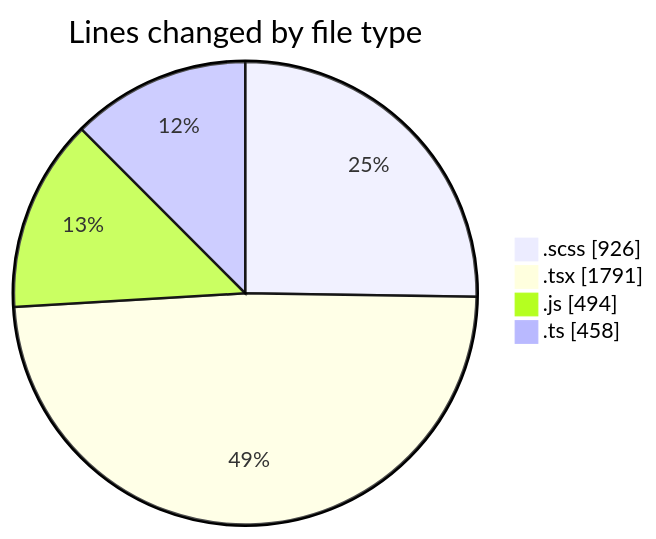
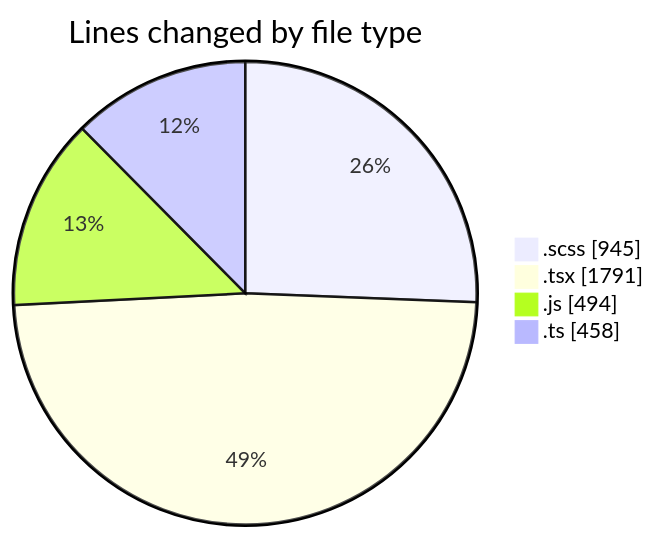
The first of 2 diagrams in 2025-03-14/cda/README.md (momahboobian/code-tracking), drawn with Mermaid before and after one commit. The commit also changed other lines of this file and 1 other file, not shown here.

````diff
--- a/2025-03-14/cda/README.md
+++ b/2025-03-14/cda/README.md
@@ -39,8 +39,8 @@
 ```mermaid
 pie showData
 title Lines changed by file type
-".scss" : 926
+".scss" : 945
 ".tsx" : 1791
 ".js" : 494
 ".ts" : 458
 ```
````
